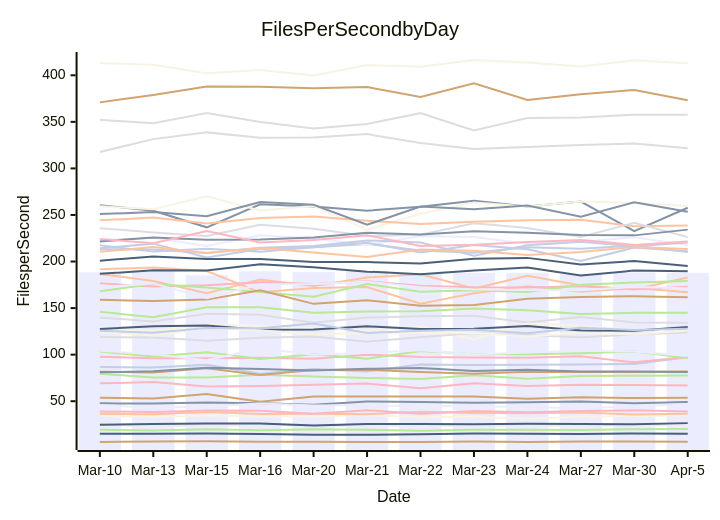
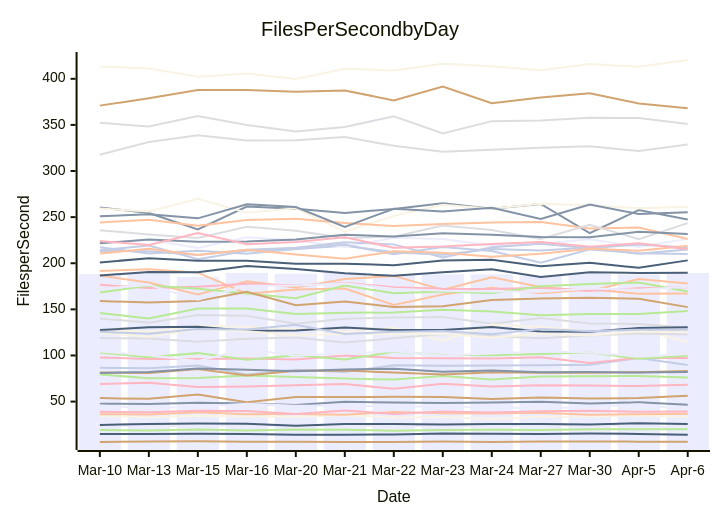
One commit to streetsidesoftware/cspell changed the diagram in perf-report.md. Above: the diagram before and after it, drawn with Mermaid. The commit also changed other lines of this file and 2 other files, not shown here.

````diff
--- a/perf-report.md
+++ b/perf-report.md
@@ -11,57 +11,57 @@
 ```mermaid
 xychart-beta
     title Files Per Second by Day
     y-axis Files per Second
-    x-axis Date [Mar-10, Mar-13, Mar-15, Mar-16, Mar-20, Mar-21, Mar-22, Mar-23, Mar-24, Mar-27, Mar-30, Apr-5]
-    bar [188.38, 189.98, 185.21, 189.57, 188.63, 189.87, 187.45, 187.93, 187.93, 186.35, 188.30, 187.81]
-    line [47.70, 47.47, 48.64, 47.90, 46.22, 49.72, 49.15, 48.47, 48.92, 49.74, 47.82, 49.22]
-    line [186.65, 179.06, 166.05, 180.55, 173.75, 182.92, 186.30, 171.18, 184.68, 174.16, 169.88, 182.89]
-    line [140.01, 135.63, 143.93, 142.95, 134.36, 139.82, 141.15, 141.79, 134.53, 140.55, 134.62, 134.19]
-    line [146.06, 140.05, 150.95, 150.81, 144.94, 146.39, 146.52, 149.65, 147.78, 143.68, 144.97, 144.90]
-    line [53.77, 52.96, 57.64, 49.40, 55.01, 55.07, 55.14, 54.97, 52.69, 54.36, 53.37, 53.82]
-    line [86.73, 86.09, 89.20, 79.46, 84.64, 82.02, 89.37, 88.80, 89.20, 89.35, 90.00, 97.23]
-    line [69.18, 70.51, 65.83, 66.30, 67.73, 68.98, 63.91, 69.35, 66.34, 67.66, 67.35, 66.87]
-    line [14.93, 14.92, 15.23, 14.84, 14.06, 13.99, 14.45, 15.39, 15.15, 14.76, 15.30, 14.95]
-    line [127.81, 125.76, 132.01, 131.14, 128.67, 125.67, 130.11, 116.06, 133.46, 130.91, 126.44, 128.14]
-    line [24.56, 23.16, 23.57, 24.07, 23.83, 22.72, 24.07, 23.01, 23.19, 23.80, 24.02, 24.56]
-    line [260.43, 254.55, 236.73, 261.47, 259.22, 254.59, 258.80, 265.17, 259.19, 264.34, 232.73, 257.73]
-    line [191.68, 193.62, 189.84, 166.89, 171.60, 172.56, 154.71, 166.00, 173.35, 167.42, 171.49, 166.95]
-    line [352.21, 348.39, 359.59, 349.81, 342.75, 347.71, 359.34, 340.76, 354.09, 354.69, 357.70, 357.50]
-    line [79.36, 75.39, 75.58, 78.40, 76.58, 74.92, 73.83, 77.77, 74.02, 77.10, 77.41, 77.73]
-    line [81.66, 80.93, 85.41, 78.19, 83.51, 83.81, 81.43, 79.47, 81.70, 81.36, 81.35, 81.81]
-    line [214.22, 219.20, 204.44, 213.42, 215.32, 218.95, 211.96, 209.30, 215.41, 213.73, 216.98, 210.20]
-    line [176.56, 173.19, 174.63, 177.66, 175.92, 178.79, 174.01, 172.30, 172.16, 173.35, 170.18, 172.81]
-    line [186.81, 190.52, 190.26, 197.02, 193.75, 189.15, 186.42, 190.28, 193.49, 184.99, 190.27, 189.55]
-    line [259.39, 256.02, 269.97, 254.79, 259.65, 234.19, 251.38, 263.45, 259.03, 264.42, 262.82, 259.51]
-    line [222.38, 225.56, 216.60, 228.18, 224.68, 217.69, 227.52, 226.28, 219.14, 221.19, 226.02, 217.73]
-    line [81.02, 82.11, 85.90, 84.63, 82.99, 84.87, 85.57, 82.40, 83.84, 81.84, 82.00, 81.46]
-    line [244.22, 247.23, 240.74, 246.80, 248.37, 243.77, 240.29, 242.61, 244.28, 244.79, 237.77, 238.81]
-    line [235.85, 231.18, 227.46, 239.47, 235.22, 227.41, 228.79, 241.01, 235.98, 226.38, 241.62, 226.17]
-    line [168.17, 175.84, 172.23, 167.20, 162.09, 175.73, 167.53, 169.26, 167.37, 175.14, 177.59, 179.11]
-    line [6.32, 6.79, 7.12, 6.59, 6.35, 6.19, 6.26, 6.60, 6.25, 6.74, 6.77, 6.57]
-    line [217.40, 210.64, 213.63, 210.38, 215.44, 220.20, 209.66, 217.73, 213.19, 200.65, 215.04, 210.95]
-    line [97.82, 96.22, 96.21, 96.60, 95.61, 100.00, 97.34, 96.90, 96.73, 98.18, 91.72, 97.44]
-    line [127.60, 130.54, 131.20, 126.76, 126.98, 130.36, 127.52, 127.75, 130.81, 125.94, 125.76, 129.75]
-    line [34.36, 33.03, 34.53, 33.80, 33.49, 35.23, 32.80, 33.41, 31.17, 33.44, 33.97, 34.80]
-    line [45.79, 43.00, 44.30, 47.55, 45.42, 45.55, 44.76, 44.94, 43.55, 42.67, 44.21, 47.13]
-    line [221.56, 225.82, 223.33, 223.62, 225.78, 230.86, 229.00, 232.44, 230.81, 228.49, 228.09, 234.26]
-    line [36.38, 35.91, 38.37, 36.25, 36.61, 35.87, 38.67, 37.37, 36.99, 37.97, 35.69, 36.40]
-    line [118.95, 118.40, 114.99, 118.14, 119.47, 113.95, 118.70, 123.16, 121.00, 118.77, 121.60, 123.74]
-    line [103.33, 98.05, 102.55, 95.32, 100.34, 95.68, 103.94, 100.49, 100.37, 101.61, 103.43, 96.40]
-    line [159.01, 157.48, 159.10, 169.05, 154.54, 158.47, 152.54, 153.40, 160.13, 161.83, 162.72, 161.59]
-    line [213.30, 213.00, 209.05, 214.75, 216.78, 222.67, 220.47, 206.28, 217.42, 221.24, 216.32, 220.41]
-    line [38.99, 38.46, 40.13, 39.77, 36.42, 40.38, 36.50, 39.38, 38.08, 39.48, 40.18, 38.93]
-    line [24.74, 25.60, 26.18, 25.98, 23.83, 25.61, 25.64, 25.22, 25.67, 25.63, 25.15, 26.46]
-    line [124.38, 120.45, 128.40, 126.26, 121.85, 123.29, 123.31, 123.57, 119.37, 123.63, 121.70, 126.05]
-    line [104.19, 100.36, 94.07, 106.95, 99.82, 102.15, 104.63, 100.11, 102.26, 104.28, 103.40, 98.55]
-    line [250.97, 253.10, 248.68, 263.99, 260.91, 239.46, 259.16, 256.10, 260.18, 248.06, 263.68, 253.34]
-    line [210.46, 215.67, 209.05, 214.60, 209.59, 204.82, 212.94, 211.50, 207.03, 210.21, 215.65, 213.52]
-    line [317.67, 331.44, 338.69, 332.97, 333.24, 336.87, 327.34, 320.84, 322.94, 325.27, 326.73, 321.72]
-    line [19.22, 18.67, 19.78, 18.71, 19.79, 19.47, 18.35, 19.30, 19.37, 19.08, 19.88, 20.02]
-    line [370.91, 378.91, 387.90, 387.80, 386.06, 387.41, 376.59, 391.51, 373.44, 379.72, 384.27, 373.30]
-    line [125.61, 123.50, 128.64, 128.22, 133.34, 123.28, 125.66, 126.65, 122.93, 128.82, 126.34, 127.91]
-    line [224.11, 219.75, 232.68, 220.52, 223.12, 228.15, 216.79, 218.07, 220.91, 223.03, 217.84, 221.62]
-    line [200.86, 205.50, 202.63, 202.69, 199.56, 199.40, 197.96, 202.91, 203.92, 196.82, 200.56, 195.13]
-    line [413.29, 411.20, 402.18, 405.65, 399.88, 410.92, 409.10, 416.42, 413.72, 409.38, 416.05, 413.02]
-    line [172.27, 176.52, 160.55, 175.49, 175.91, 178.24, 172.29, 170.07, 169.37, 169.09, 172.70, 171.27]
+    x-axis Date [Mar-10, Mar-13, Mar-15, Mar-16, Mar-20, Mar-21, Mar-22, Mar-23, Mar-24, Mar-27, Mar-30, Apr-5, Apr-6]
+    bar [188.38, 189.98, 185.21, 189.57, 188.63, 189.87, 187.45, 187.93, 187.93, 186.35, 188.30, 187.81, 189.42]
+    line [47.70, 47.47, 48.64, 47.90, 46.22, 49.72, 49.15, 48.47, 48.92, 49.74, 47.82, 49.22, 46.56]
+    line [186.65, 179.06, 166.05, 180.55, 173.75, 182.92, 186.30, 171.18, 184.68, 174.16, 169.88, 182.89, 178.00]
+    line [140.01, 135.63, 143.93, 142.95, 134.36, 139.82, 141.15, 141.79, 134.53, 140.55, 134.62, 134.19, 130.02]
+    line [146.06, 140.05, 150.95, 150.81, 144.94, 146.39, 146.52, 149.65, 147.78, 143.68, 144.97, 144.90, 148.36]
+    line [53.77, 52.96, 57.64, 49.40, 55.01, 55.07, 55.14, 54.97, 52.69, 54.36, 53.37, 53.82, 56.41]
+    line [86.73, 86.09, 89.20, 79.46, 84.64, 82.02, 89.37, 88.80, 89.20, 89.35, 90.00, 97.23, 89.77]
+    line [69.18, 70.51, 65.83, 66.30, 67.73, 68.98, 63.91, 69.35, 66.34, 67.66, 67.35, 66.87, 68.20]
+    line [14.93, 14.92, 15.23, 14.84, 14.06, 13.99, 14.45, 15.39, 15.15, 14.76, 15.30, 14.95, 14.14]
+    line [127.81, 125.76, 132.01, 131.14, 128.67, 125.67, 130.11, 116.06, 133.46, 130.91, 126.44, 128.14, 114.73]
+    line [24.56, 23.16, 23.57, 24.07, 23.83, 22.72, 24.07, 23.01, 23.19, 23.80, 24.02, 24.56, 20.22]
+    line [260.43, 254.55, 236.73, 261.47, 259.22, 254.59, 258.80, 265.17, 259.19, 264.34, 232.73, 257.73, 247.35]
+    line [191.68, 193.62, 189.84, 166.89, 171.60, 172.56, 154.71, 166.00, 173.35, 167.42, 171.49, 166.95, 167.26]
+    line [352.21, 348.39, 359.59, 349.81, 342.75, 347.71, 359.34, 340.76, 354.09, 354.69, 357.70, 357.50, 350.90]
+    line [79.36, 75.39, 75.58, 78.40, 76.58, 74.92, 73.83, 77.77, 74.02, 77.10, 77.41, 77.73, 76.13]
+    line [81.66, 80.93, 85.41, 78.19, 83.51, 83.81, 81.43, 79.47, 81.70, 81.36, 81.35, 81.81, 83.12]
+    line [214.22, 219.20, 204.44, 213.42, 215.32, 218.95, 211.96, 209.30, 215.41, 213.73, 216.98, 210.20, 214.79]
+    line [176.56, 173.19, 174.63, 177.66, 175.92, 178.79, 174.01, 172.30, 172.16, 173.35, 170.18, 172.81, 173.96]
+    line [186.81, 190.52, 190.26, 197.02, 193.75, 189.15, 186.42, 190.28, 193.49, 184.99, 190.27, 189.55, 189.82]
+    line [259.39, 256.02, 269.97, 254.79, 259.65, 234.19, 251.38, 263.45, 259.03, 264.42, 262.82, 259.51, 261.17]
+    line [222.38, 225.56, 216.60, 228.18, 224.68, 217.69, 227.52, 226.28, 219.14, 221.19, 226.02, 217.73, 226.62]
+    line [81.02, 82.11, 85.90, 84.63, 82.99, 84.87, 85.57, 82.40, 83.84, 81.84, 82.00, 81.46, 82.00]
+    line [244.22, 247.23, 240.74, 246.80, 248.37, 243.77, 240.29, 242.61, 244.28, 244.79, 237.77, 238.81, 226.34]
+    line [235.85, 231.18, 227.46, 239.47, 235.22, 227.41, 228.79, 241.01, 235.98, 226.38, 241.62, 226.17, 243.52]
+    line [168.17, 175.84, 172.23, 167.20, 162.09, 175.73, 167.53, 169.26, 167.37, 175.14, 177.59, 179.11, 169.38]
+    line [6.32, 6.79, 7.12, 6.59, 6.35, 6.19, 6.26, 6.60, 6.25, 6.74, 6.77, 6.57, 6.56]
+    line [217.40, 210.64, 213.63, 210.38, 215.44, 220.20, 209.66, 217.73, 213.19, 200.65, 215.04, 210.95, 210.10]
+    line [97.82, 96.22, 96.21, 96.60, 95.61, 100.00, 97.34, 96.90, 96.73, 98.18, 91.72, 97.44, 97.40]
+    line [127.60, 130.54, 131.20, 126.76, 126.98, 130.36, 127.52, 127.75, 130.81, 125.94, 125.76, 129.75, 130.55]
+    line [34.36, 33.03, 34.53, 33.80, 33.49, 35.23, 32.80, 33.41, 31.17, 33.44, 33.97, 34.80, 33.34]
+    line [45.79, 43.00, 44.30, 47.55, 45.42, 45.55, 44.76, 44.94, 43.55, 42.67, 44.21, 47.13, 40.90]
+    line [221.56, 225.82, 223.33, 223.62, 225.78, 230.86, 229.00, 232.44, 230.81, 228.49, 228.09, 234.26, 231.61]
+    line [36.38, 35.91, 38.37, 36.25, 36.61, 35.87, 38.67, 37.37, 36.99, 37.97, 35.69, 36.40, 36.82]
+    line [118.95, 118.40, 114.99, 118.14, 119.47, 113.95, 118.70, 123.16, 121.00, 118.77, 121.60, 123.74, 122.84]
+    line [103.33, 98.05, 102.55, 95.32, 100.34, 95.68, 103.94, 100.49, 100.37, 101.61, 103.43, 96.40, 100.03]
+    line [159.01, 157.48, 159.10, 169.05, 154.54, 158.47, 152.54, 153.40, 160.13, 161.83, 162.72, 161.59, 152.44]
+    line [213.30, 213.00, 209.05, 214.75, 216.78, 222.67, 220.47, 206.28, 217.42, 221.24, 216.32, 220.41, 217.21]
+    line [38.99, 38.46, 40.13, 39.77, 36.42, 40.38, 36.50, 39.38, 38.08, 39.48, 40.18, 38.93, 39.34]
+    line [24.74, 25.60, 26.18, 25.98, 23.83, 25.61, 25.64, 25.22, 25.67, 25.63, 25.15, 26.46, 25.72]
+    line [124.38, 120.45, 128.40, 126.26, 121.85, 123.29, 123.31, 123.57, 119.37, 123.63, 121.70, 126.05, 125.68]
+    line [104.19, 100.36, 94.07, 106.95, 99.82, 102.15, 104.63, 100.11, 102.26, 104.28, 103.40, 98.55, 101.71]
+    line [250.97, 253.10, 248.68, 263.99, 260.91, 239.46, 259.16, 256.10, 260.18, 248.06, 263.68, 253.34, 255.23]
+    line [210.46, 215.67, 209.05, 214.60, 209.59, 204.82, 212.94, 211.50, 207.03, 210.21, 215.65, 213.52, 219.08]
+    line [317.67, 331.44, 338.69, 332.97, 333.24, 336.87, 327.34, 320.84, 322.94, 325.27, 326.73, 321.72, 328.79]
+    line [19.22, 18.67, 19.78, 18.71, 19.79, 19.47, 18.35, 19.30, 19.37, 19.08, 19.88, 20.02, 19.94]
+    line [370.91, 378.91, 387.90, 387.80, 386.06, 387.41, 376.59, 391.51, 373.44, 379.72, 384.27, 373.30, 368.18]
+    line [125.61, 123.50, 128.64, 128.22, 133.34, 123.28, 125.66, 126.65, 122.93, 128.82, 126.34, 127.91, 128.03]
+    line [224.11, 219.75, 232.68, 220.52, 223.12, 228.15, 216.79, 218.07, 220.91, 223.03, 217.84, 221.62, 215.18]
+    line [200.86, 205.50, 202.63, 202.69, 199.56, 199.40, 197.96, 202.91, 203.92, 196.82, 200.56, 195.13, 203.12]
+    line [413.29, 411.20, 402.18, 405.65, 399.88, 410.92, 409.10, 416.42, 413.72, 409.38, 416.05, 413.02, 420.38]
+    line [172.27, 176.52, 160.55, 175.49, 175.91, 178.24, 172.29, 170.07, 169.37, 169.09, 172.70, 171.27, 174.58]
 ```
````
